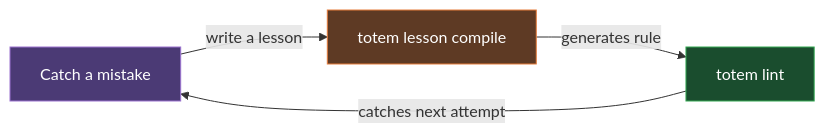
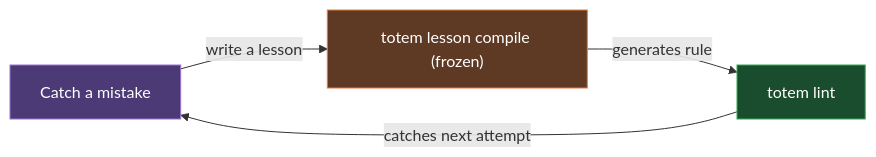
The diagram in README.md (mmnto-ai/totem), drawn with Mermaid before and after one commit. The commit also changed other lines of this file, not shown here.

````diff
--- a/README.md
+++ b/README.md
@@ -67,10 +68,10 @@
 ```mermaid
 graph LR
-    Catch["Catch a mistake"] -->|write a lesson| Compile["totem lesson compile"]
+    Catch["Catch a mistake"] -->|write a lesson| Compile["totem lesson compile (frozen)"]
     Compile -->|generates rule| Enforce["totem lint"]
     Enforce -->|catches next attempt| Catch
 
     style Catch fill:#4b3a75,stroke:#9b72cf,color:#fff
     style Compile fill:#5e3a24,stroke:#e67c3b,color:#fff
     style Enforce fill:#1a4d2e,stroke:#34a853,color:#fff
 ```
````
